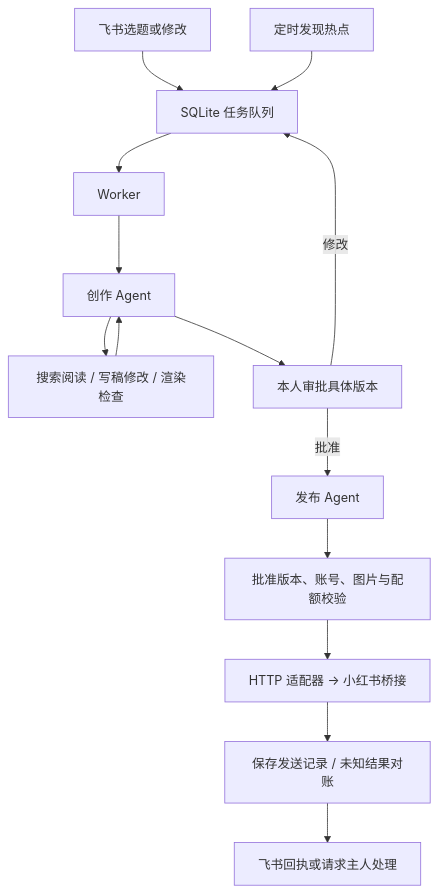
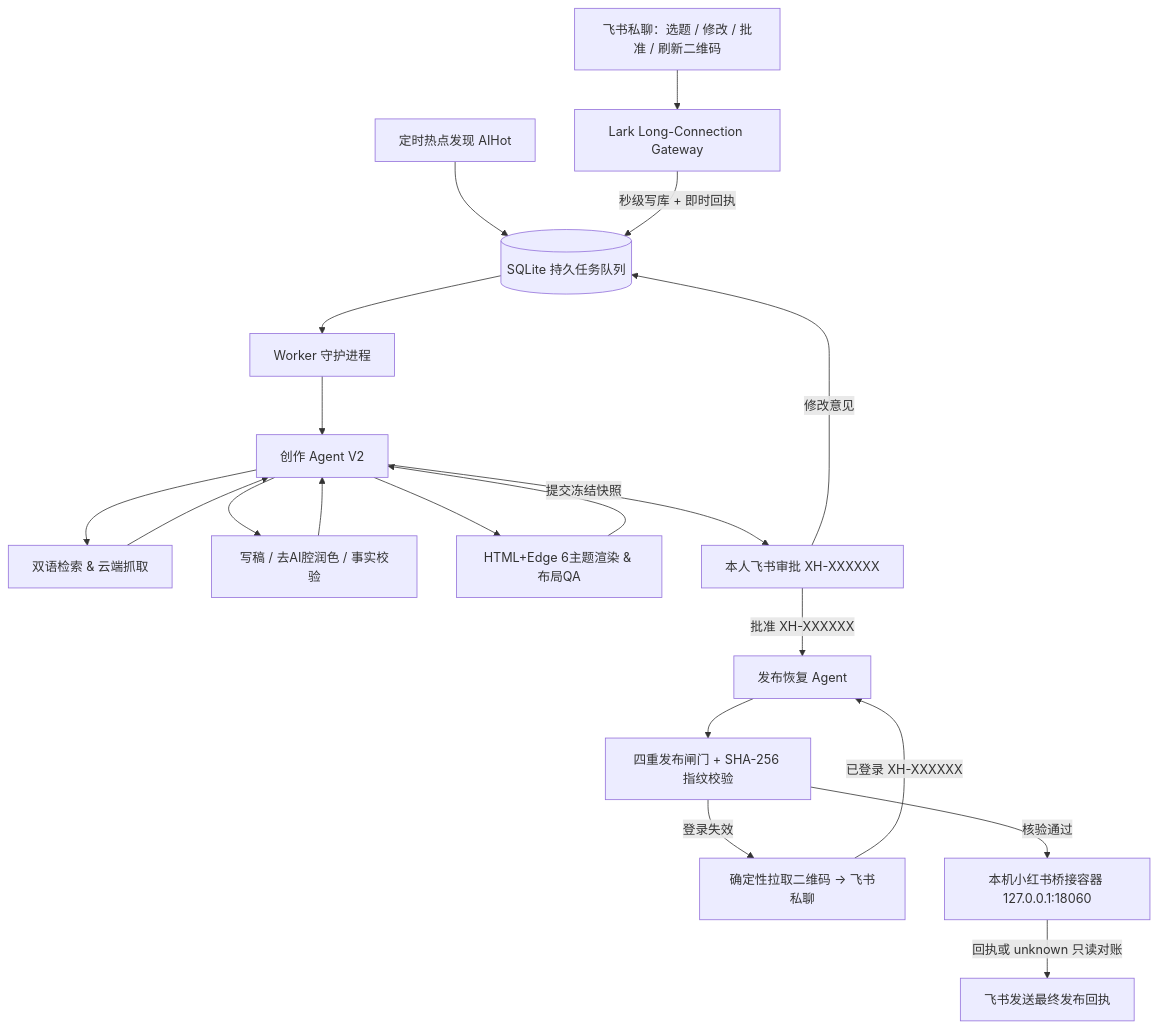
One commit to unbunrn/XHS_Agent changed the diagram in README.md. Above: the diagram before and after it, drawn with Mermaid. The commit also changed other lines of this file and 43 other files, not shown here.

````diff
--- a/README.md
+++ b/README.md
@@ -18,16 +29,23 @@
-~~~mermaid
+```mermaid
 flowchart TD
-    A[飞书选题或修改] --> Q[SQLite 任务队列]
-    B[定时发现热点] --> Q
-    Q --> W[Worker]
-    W --> C[创作 Agent]
-    C --> T[搜索阅读 / 写稿修改 / 渲染检查]
-    T --> C
-    C --> R[本人审批具体版本]
-    R -->|修改| Q
-    R -->|批准| P[发布 Agent]
-    P --> G[批准版本、账号、图片与配额校验]
-    G --> H[HTTP 适配器 → 小红书桥接]
-    H --> E[保存发送记录 / 未知结果对账]
-    E --> N[飞书回执或请求主人处理]
-~~~
+    U[飞书私聊：选题 / 修改 / 批准 / 刷新二维码] --> GW[Lark Long-Connection Gateway]
+    D[定时热点发现 AIHot] --> Q[(SQLite 持久任务队列)]
+    GW -->|秒级写库 + 即时回执| Q
+
+    Q --> W[Worker 守护进程]
+    W --> CA[创作 Agent V2]
+    CA --> T1[双语检索 & 云端抓取]
+    CA --> T2[写稿 / 去AI腔润色 / 事实校验]
+    CA --> T3[HTML+Edge 6主题渲染 & 布局QA]
+    T1 & T2 & T3 --> CA
+
+    CA -->|提交冻结快照| AP[本人飞书审批 XH-XXXXXX]
+    AP -->|修改意见| Q
+    AP -->|批准 XH-XXXXXX| PA[发布恢复 Agent]
+
+    PA --> G[四重发布闸门 + SHA-256 指纹校验]
+    G -->|登录失效| QR[确定性拉取二维码 → 飞书私聊]
+    QR -->|已登录 XH-XXXXXX| PA
+    G -->|核验通过| BR[本机小红书桥接容器 127.0.0.1:18060]
+    BR -->|回执或 unknown 只读对账| N[飞书发送最终发布回执]
+```
````
